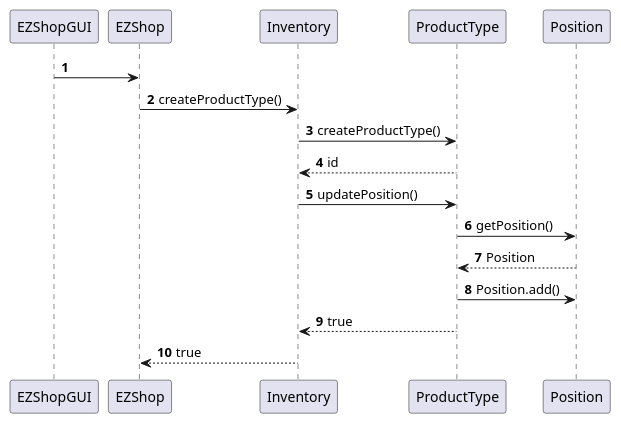
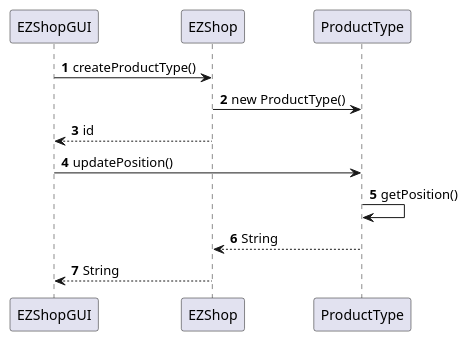
Before and after one commit to mkexc/ezshop: the third of 22 diagrams in Deliverables/DesignDocument.md, drawn with PlantUML. The commit also changed other lines of this file, not shown here.

Commit message:
docs: WIP: fix design document - verification traceability matrix

````diff
--- a/Deliverables/DesignDocument.md
+++ b/Deliverables/DesignDocument.md
@@ -232,15 +232,13 @@
 ```plantuml
 @startuml
 autonumber
-EZShopGUI -> EZShop
-EZShop -> Inventory : createProductType()
-Inventory -> ProductType : createProductType()
-Inventory <-- ProductType : id
-Inventory -> ProductType : updatePosition()
-ProductType -> Position : getPosition()
-ProductType <-- Position : Position
-ProductType -> Position : Position.add()
-Inventory <-- ProductType : true
-EZShop <-- Inventory : true
+EZShopGUI -> EZShop : createProductType()
+EZShop -> ProductType : new ProductType()
+EZShopGUI <-- EZShop : id
+EZShopGUI -> ProductType : updatePosition()
+ProductType -> ProductType : getPosition()
+EZShop <-- ProductType : String
+EZShopGUI <-- EZShop : String
+
 @enduml
 ```
````
